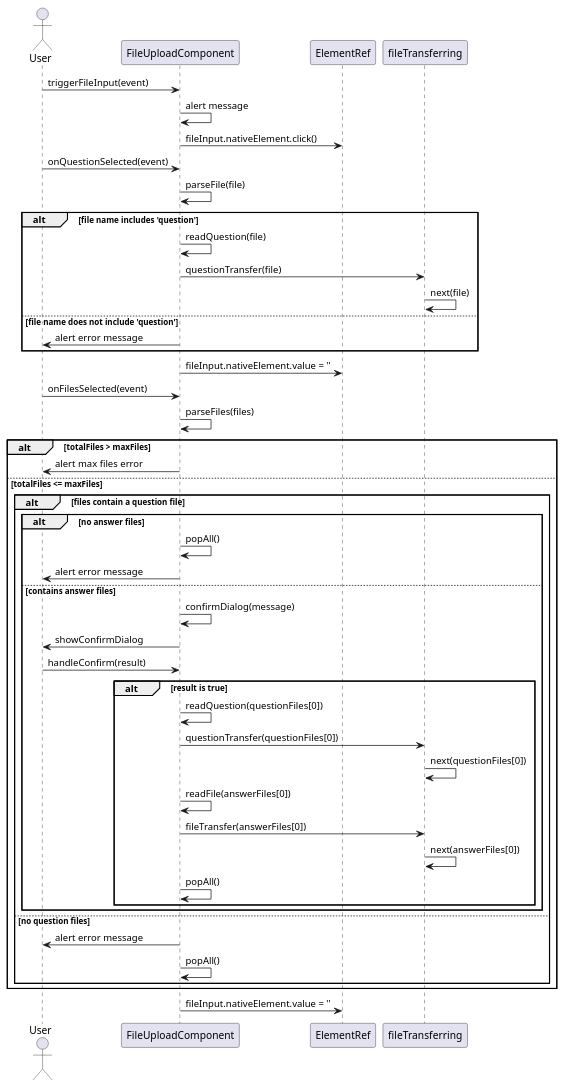
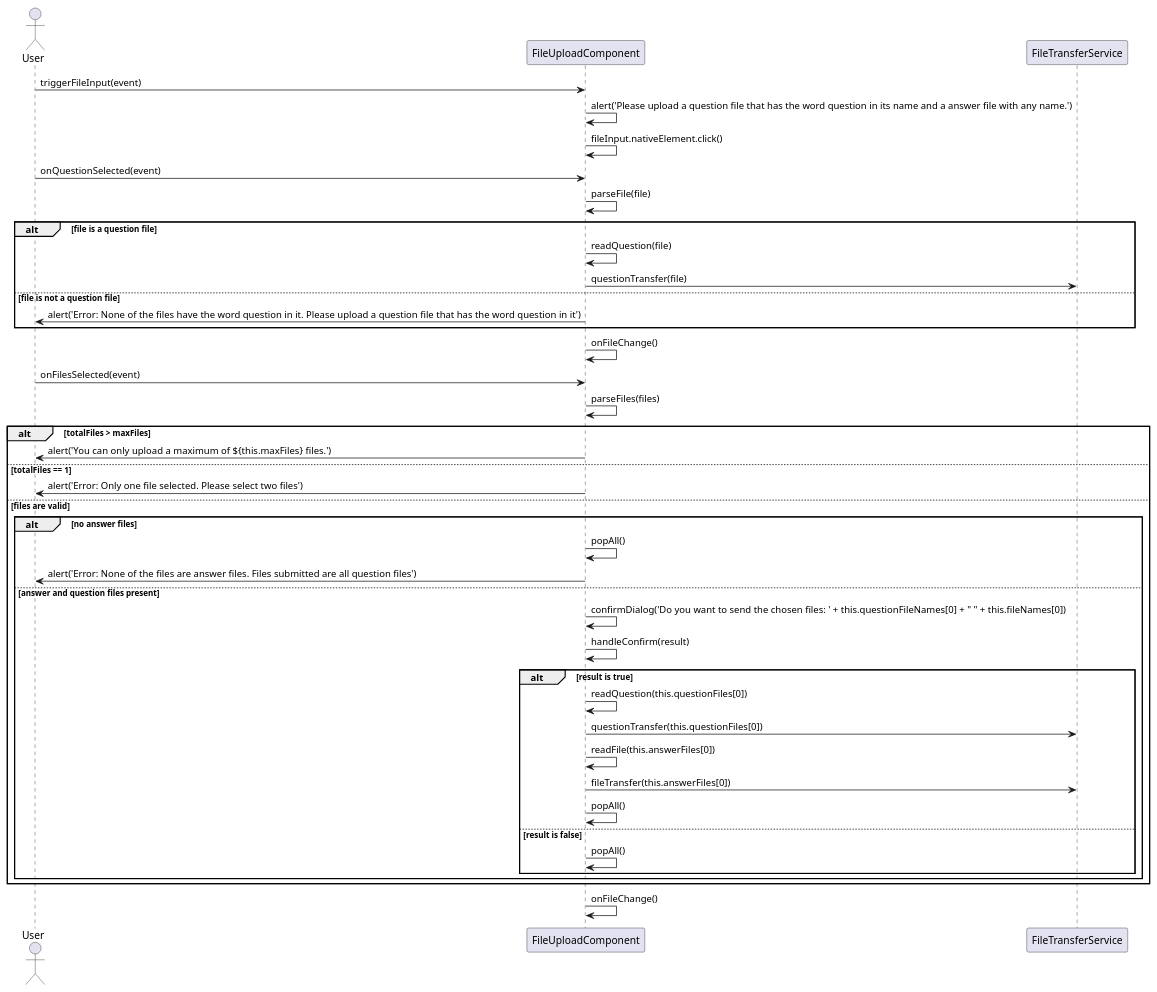
Before and after one commit to NoahS20/Grad-Project: the diagram in Diagrams/Sequence Diagrams/Front End/file-uploadcomponent.wsd, drawn with PlantUML. The commit also changed 7 other files, not shown here.

```diff
--- a/Diagrams/Sequence Diagrams/Front End/file-uploadcomponent.wsd
+++ b/Diagrams/Sequence Diagrams/Front End/file-uploadcomponent.wsd
@@ -1,53 +1,47 @@
 @startuml
 actor User
 
-participant FileUploadComponent
-participant ElementRef
-participant fileTransferring
+participant FileUploadComponent as FUC
+participant FileTransferService as FTS
 
-User -> FileUploadComponent: triggerFileInput(event)
-FileUploadComponent -> FileUploadComponent: alert message
-FileUploadComponent -> ElementRef: fileInput.nativeElement.click()
+User -> FUC: triggerFileInput(event)
+FUC -> FUC: alert('Please upload a question file that has the word question in its name and a answer file with any name.')
+FUC -> FUC: fileInput.nativeElement.click()
 
-User -> FileUploadComponent: onQuestionSelected(event)
-FileUploadComponent -> FileUploadComponent: parseFile(file)
-alt file name includes 'question'
-    FileUploadComponent -> FileUploadComponent: readQuestion(file)
-    FileUploadComponent -> fileTransferring: questionTransfer(file)
-    fileTransferring -> fileTransferring: next(file)
-else file name does not include 'question'
-    FileUploadComponent -> User: alert error message
+User -> FUC: onQuestionSelected(event)
+FUC -> FUC: parseFile(file)
+alt file is a question file
+    FUC -> FUC: readQuestion(file)
+    FUC -> FTS: questionTransfer(file)
+else file is not a question file
+    FUC -> User: alert('Error: None of the files have the word question in it. Please upload a question file that has the word question in it')
 end
-FileUploadComponent -> ElementRef: fileInput.nativeElement.value = ''
+FUC -> FUC: onFileChange()
 
-User -> FileUploadComponent: onFilesSelected(event)
-FileUploadComponent -> FileUploadComponent: parseFiles(files)
+User -> FUC: onFilesSelected(event)
+FUC -> FUC: parseFiles(files)
 alt totalFiles > maxFiles
-    FileUploadComponent -> User: alert max files error
-else totalFiles <= maxFiles
-    alt files contain a question file
-        alt no answer files
-            FileUploadComponent -> FileUploadComponent: popAll()
-            FileUploadComponent -> User: alert error message
-        else contains answer files
-            FileUploadComponent -> FileUploadComponent: confirmDialog(message)
-            FileUploadComponent -> User: showConfirmDialog
-            User -> FileUploadComponent: handleConfirm(result)
-            alt result is true
-                FileUploadComponent -> FileUploadComponent: readQuestion(questionFiles[0])
-                FileUploadComponent -> fileTransferring: questionTransfer(questionFiles[0])
-                fileTransferring -> fileTransferring: next(questionFiles[0])
-                FileUploadComponent -> FileUploadComponent: readFile(answerFiles[0])
-                FileUploadComponent -> fileTransferring: fileTransfer(answerFiles[0])
-                fileTransferring -> fileTransferring: next(answerFiles[0])
-                FileUploadComponent -> FileUploadComponent: popAll()
-            end
+    FUC -> User: alert('You can only upload a maximum of ${this.maxFiles} files.')
+else totalFiles == 1
+    FUC -> User: alert('Error: Only one file selected. Please select two files')
+else files are valid
+    alt no answer files
+        FUC -> FUC: popAll()
+        FUC -> User: alert('Error: None of the files are answer files. Files submitted are all question files')
+    else answer and question files present
+        FUC -> FUC: confirmDialog('Do you want to send the chosen files: ' + this.questionFileNames[0] + " " + this.fileNames[0])
+        FUC -> FUC: handleConfirm(result)
+        alt result is true
+            FUC -> FUC: readQuestion(this.questionFiles[0])
+            FUC -> FTS: questionTransfer(this.questionFiles[0])
+            FUC -> FUC: readFile(this.answerFiles[0])
+            FUC -> FTS: fileTransfer(this.answerFiles[0])
+            FUC -> FUC: popAll()
+        else result is false
+            FUC -> FUC: popAll()
         end
-    else no question files
-        FileUploadComponent -> User: alert error message
-        FileUploadComponent -> FileUploadComponent: popAll()
     end
 end
-FileUploadComponent -> ElementRef: fileInput.nativeElement.value = ''
+FUC -> FUC: onFileChange()
 
 @enduml
```
